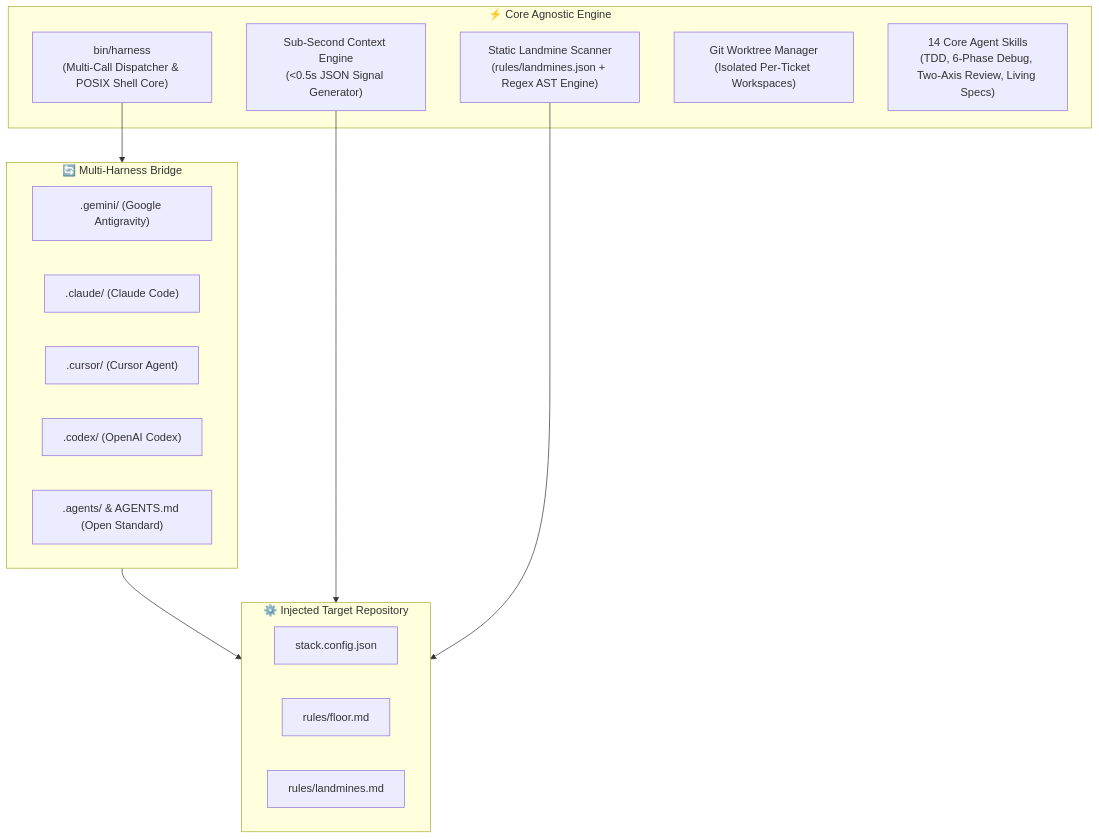
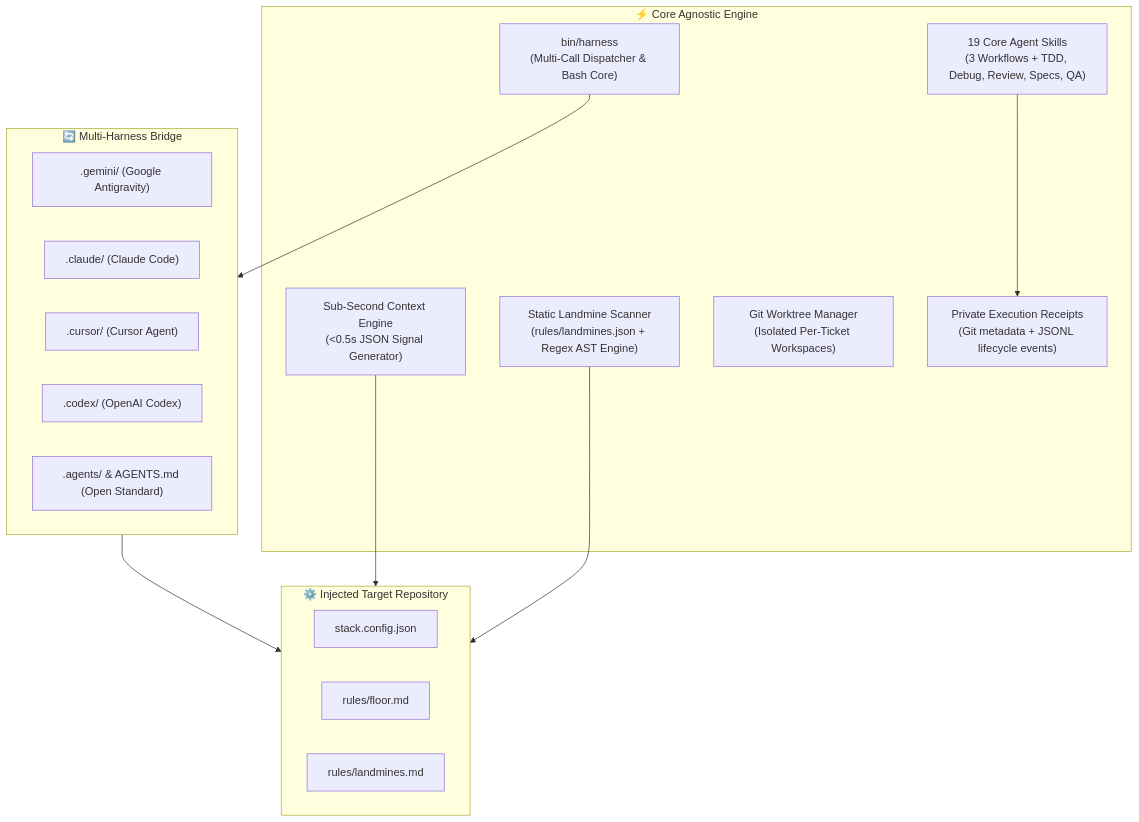
Before and after one commit to ahmontero/agent-harness: the diagram in docs/ARCHITECTURE.md, drawn with Mermaid. The commit also changed other lines of this file and 20 other files, not shown here.

Commit message:
feat: add truthful workflows and execution receipts

````diff
--- a/docs/ARCHITECTURE.md
+++ b/docs/ARCHITECTURE.md
@@ -9,29 +9,31 @@
 ```mermaid
 flowchart TD
     subgraph Engine["⚡ Core Agnostic Engine"]
-        CLI["bin/harness<br>(Multi-Call Dispatcher & POSIX Shell Core)"]
+        CLI["bin/harness<br>(Multi-Call Dispatcher & Bash Core)"]
         Scanner["Static Landmine Scanner<br>(rules/landmines.json + Regex AST Engine)"]
         Context["Sub-Second Context Engine<br>(<0.5s JSON Signal Generator)"]
         Worktree["Git Worktree Manager<br>(Isolated Per-Ticket Workspaces)"]
-        Skills["14 Core Agent Skills<br>(TDD, 6-Phase Debug, Two-Axis Review, Living Specs)"]
+        Receipts["Private Execution Receipts<br>(Git metadata + JSONL lifecycle events)"]
+        Skills["19 Core Agent Skills<br>(3 Workflows + TDD, Debug, Review, Specs, QA)"]
     end
 
     subgraph Federation["🔄 Multi-Harness Bridge"]
         Gemini[".gemini/ (Google Antigravity)"]
         Claude[".claude/ (Claude Code)"]
         Cursor[".cursor/ (Cursor Agent)"]
         Codex[".codex/ (OpenAI Codex)"]
         Agents[".agents/ & AGENTS.md (Open Standard)"]
     end
 
     subgraph ProjectSpace["⚙️ Injected Target Repository"]
         Config["stack.config.json"]
         Floor["rules/floor.md"]
         Landmines["rules/landmines.md"]
     end
 
     CLI --> Federation
     Federation --> ProjectSpace
     Context --> ProjectSpace
     Scanner --> ProjectSpace
+    Skills --> Receipts
 ```
````
